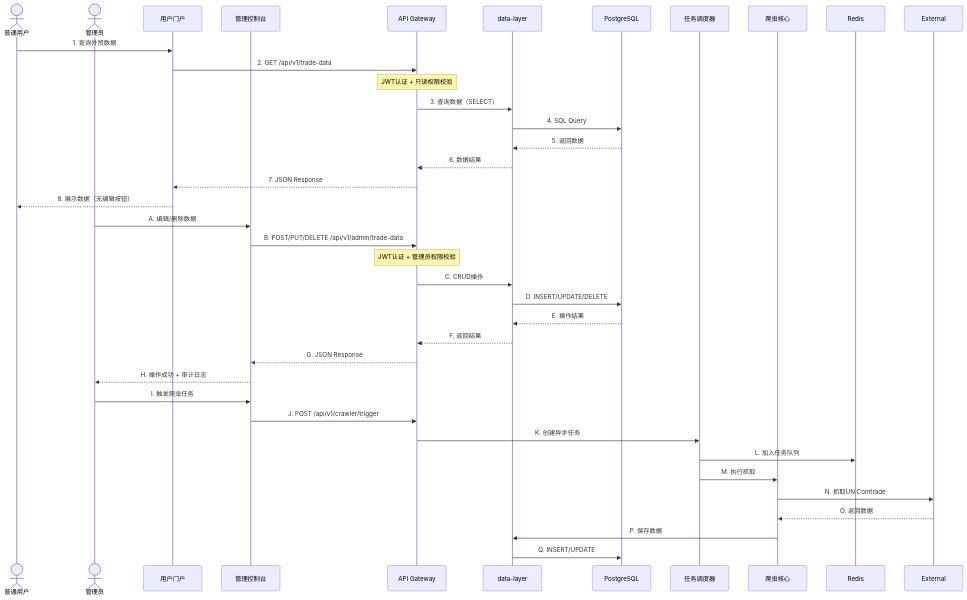
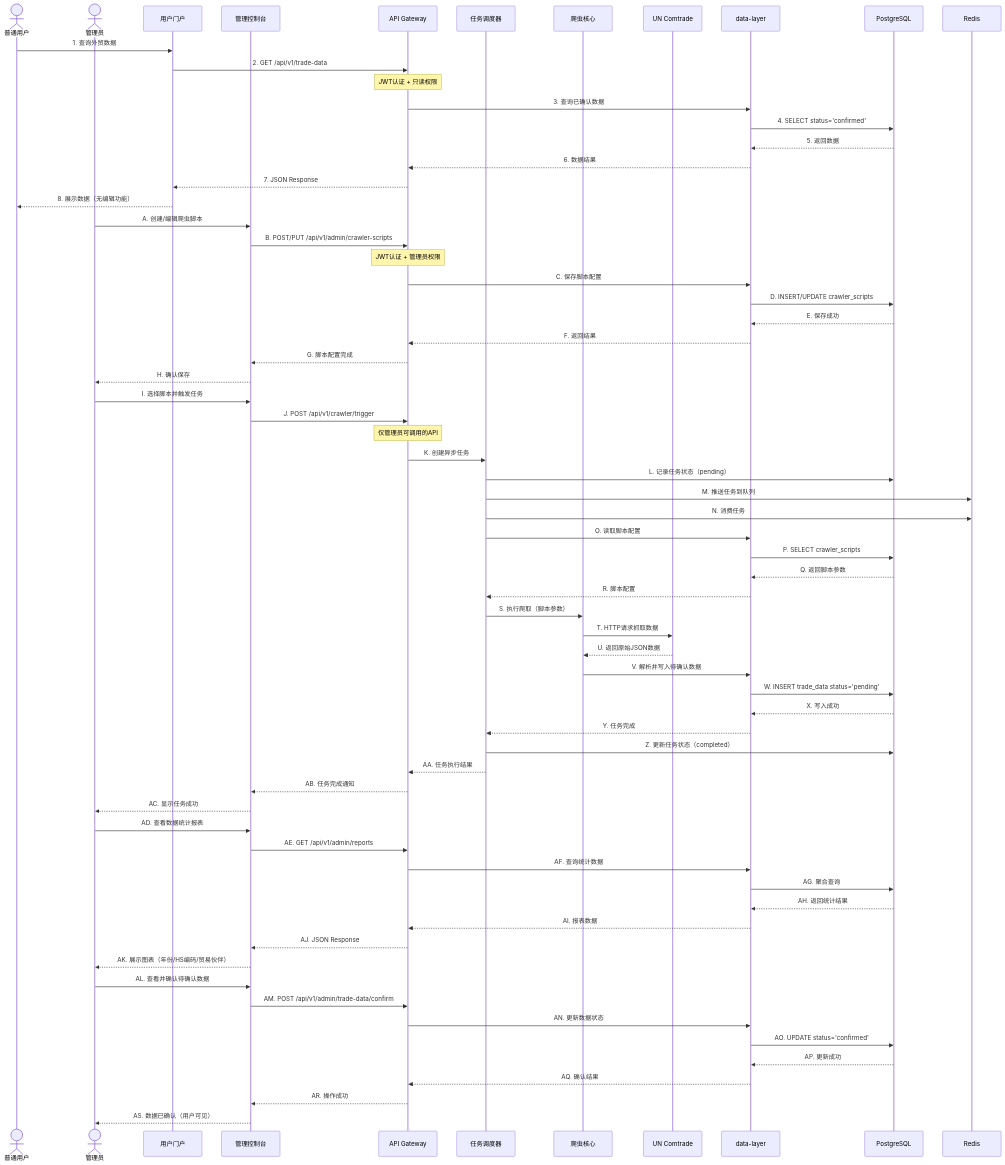
One commit to Kryon-4Y4/C_Hot changed the second of 2 diagrams in README.md. Above: the diagram before and after it, drawn with Mermaid. The commit also changed other lines of this file, not shown here.

````diff
--- a/README.md
+++ b/README.md
@@ -87,41 +106,79 @@
     participant Portal as 用户门户
     participant AdminConsole as 管理控制台
     participant APIGW as API Gateway
+    participant Scheduler as 任务调度器
+    participant Crawler as 爬虫核心
+    participant External as UN Comtrade
     participant DataLayer as data-layer
     participant DB as PostgreSQL
-    participant Scheduler as 任务调度器
-    participant Crawler as 爬虫核心
+    participant Redis as Redis
 
-    %% 普通用户查询流程（只读）
+    %% ========== 流程1：普通用户查询已确认数据（只读） ==========
     User->>Portal: 1. 查询外贸数据
     Portal->>APIGW: 2. GET /api/v1/trade-data
-    Note over APIGW: JWT认证 + 只读权限校验
-    APIGW->>DataLayer: 3. 查询数据（SELECT）
-    DataLayer->>DB: 4. SQL Query
+    Note over APIGW: JWT认证 + 只读权限
+    APIGW->>DataLayer: 3. 查询已确认数据
+    DataLayer->>DB: 4. SELECT status='confirmed'
     DB-->>DataLayer: 5. 返回数据
     DataLayer-->>APIGW: 6. 数据结果
     APIGW-->>Portal: 7. JSON Response
-    Portal-->>User: 8. 展示数据（无编辑按钮）
+    Portal-->>User: 8. 展示数据（无编辑功能）
 
-    %% 管理员CRUD流程（通过API Gateway）
-    Admin->>AdminConsole: A. 编辑/删除数据
-    AdminConsole->>APIGW: B. POST/PUT/DELETE /api/v1/admin/trade-data
-    Note over APIGW: JWT认证 + 管理员权限校验
-    APIGW->>DataLayer: C. CRUD操作
-    DataLayer->>DB: D. INSERT/UPDATE/DELETE
-    DB-->>DataLayer: E. 操作结果
+    %% ========== 流程2：管理员管理爬虫脚本 ==========
+    Admin->>AdminConsole: A. 创建/编辑爬虫脚本
+    AdminConsole->>APIGW: B. POST/PUT /api/v1/admin/crawler-scripts
+    Note over APIGW: JWT认证 + 管理员权限
+    APIGW->>DataLayer: C. 保存脚本配置
+    DataLayer->>DB: D. INSERT/UPDATE crawler_scripts
+    DB-->>DataLayer: E. 保存成功
     DataLayer-->>APIGW: F. 返回结果
-    APIGW-->>AdminConsole: G. JSON Response
-    AdminConsole-->>Admin: H. 操作成功 + 审计日志
+    APIGW-->>AdminConsole: G. 脚本配置完成
+    AdminConsole-->>Admin: H. 确认保存
 
-    %% 爬虫任务流程（后台写入）
-    Admin->>AdminConsole: I. 触发爬虫任务
+    %% ========== 流程3：管理员触发爬虫任务（核心流程） ==========
+    Admin->>AdminConsole: I. 选择脚本并触发任务
     AdminConsole->>APIGW: J. POST /api/v1/crawler/trigger
+    Note over APIGW: 仅管理员可调用的API
     APIGW->>Scheduler: K. 创建异步任务
-    Scheduler->>Redis: L. 加入任务队列
-    Scheduler->>Crawler: M. 执行抓取
-    Crawler->>External: N. 抓取UN Comtrade
-    External-->>Crawler: O. 返回数据
-    Crawler->>DataLayer: P. 保存数据
-    DataLayer->>DB: Q. INSERT/UPDATE
+    Scheduler->>DB: L. 记录任务状态（pending）
+    
+    %% 任务调度执行
+    Scheduler->>Redis: M. 推送任务到队列
+    Scheduler->>Redis: N. 消费任务
+    Scheduler->>DataLayer: O. 读取脚本配置
+    DataLayer->>DB: P. SELECT crawler_scripts
+    DB-->>DataLayer: Q. 返回脚本参数
+    DataLayer-->>Scheduler: R. 脚本配置
+    
+    Scheduler->>Crawler: S. 执行爬取（脚本参数）
+    Crawler->>External: T. HTTP请求抓取数据
+    External-->>Crawler: U. 返回原始JSON数据
+    
+    Crawler->>DataLayer: V. 解析并写入待确认数据
+    DataLayer->>DB: W. INSERT trade_data status='pending'
+    DB-->>DataLayer: X. 写入成功
+    DataLayer-->>Scheduler: Y. 任务完成
+    Scheduler->>DB: Z. 更新任务状态（completed）
+    Scheduler-->>APIGW: AA. 任务执行结果
+    APIGW-->>AdminConsole: AB. 任务完成通知
+    AdminConsole-->>Admin: AC. 显示任务成功
+
+    %% ========== 流程4：管理员查看报表并确认数据 ==========
+    Admin->>AdminConsole: AD. 查看数据统计报表
+    AdminConsole->>APIGW: AE. GET /api/v1/admin/reports
+    APIGW->>DataLayer: AF. 查询统计数据
+    DataLayer->>DB: AG. 聚合查询
+    DB-->>DataLayer: AH. 返回统计结果
+    DataLayer-->>APIGW: AI. 报表数据
+    APIGW-->>AdminConsole: AJ. JSON Response
+    AdminConsole-->>Admin: AK. 展示图表（年份/HS编码/贸易伙伴）
+    
+    Admin->>AdminConsole: AL. 查看并确认待确认数据
+    AdminConsole->>APIGW: AM. POST /api/v1/admin/trade-data/confirm
+    APIGW->>DataLayer: AN. 更新数据状态
+    DataLayer->>DB: AO. UPDATE status='confirmed'
+    DB-->>DataLayer: AP. 更新成功
+    DataLayer-->>APIGW: AQ. 确认结果
+    APIGW-->>AdminConsole: AR. 操作成功
+    AdminConsole-->>Admin: AS. 数据已确认（用户可见）
 ```
````
